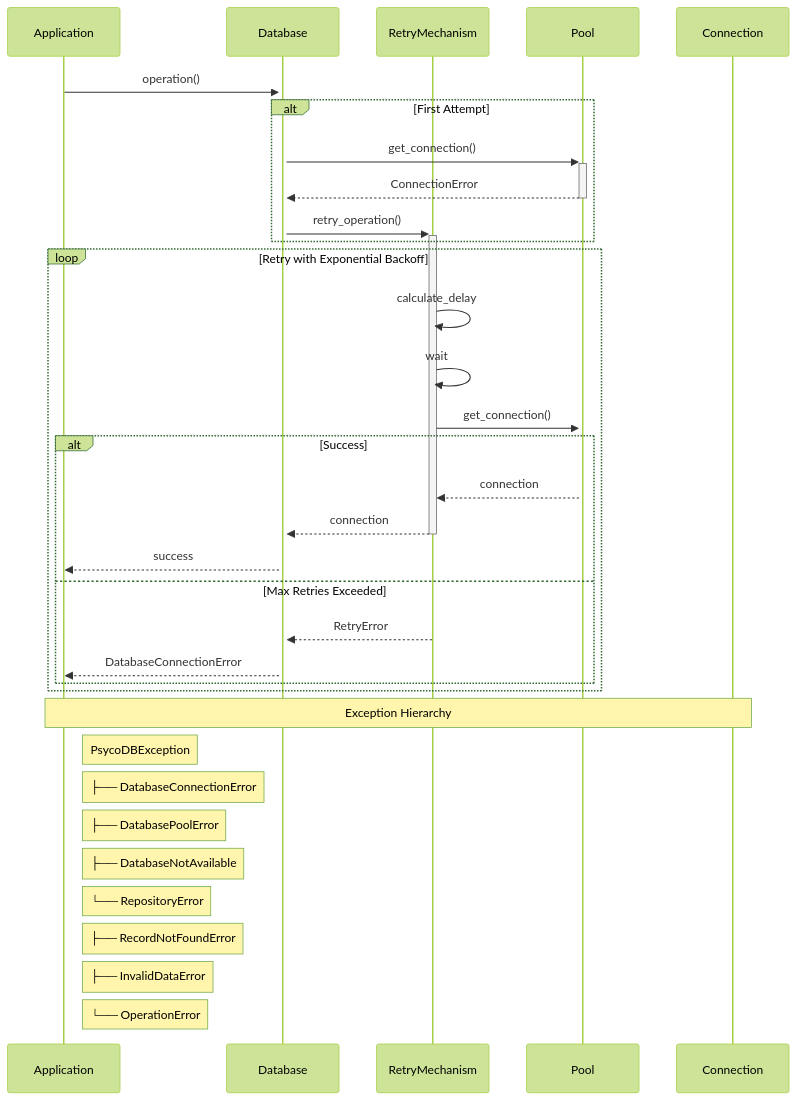
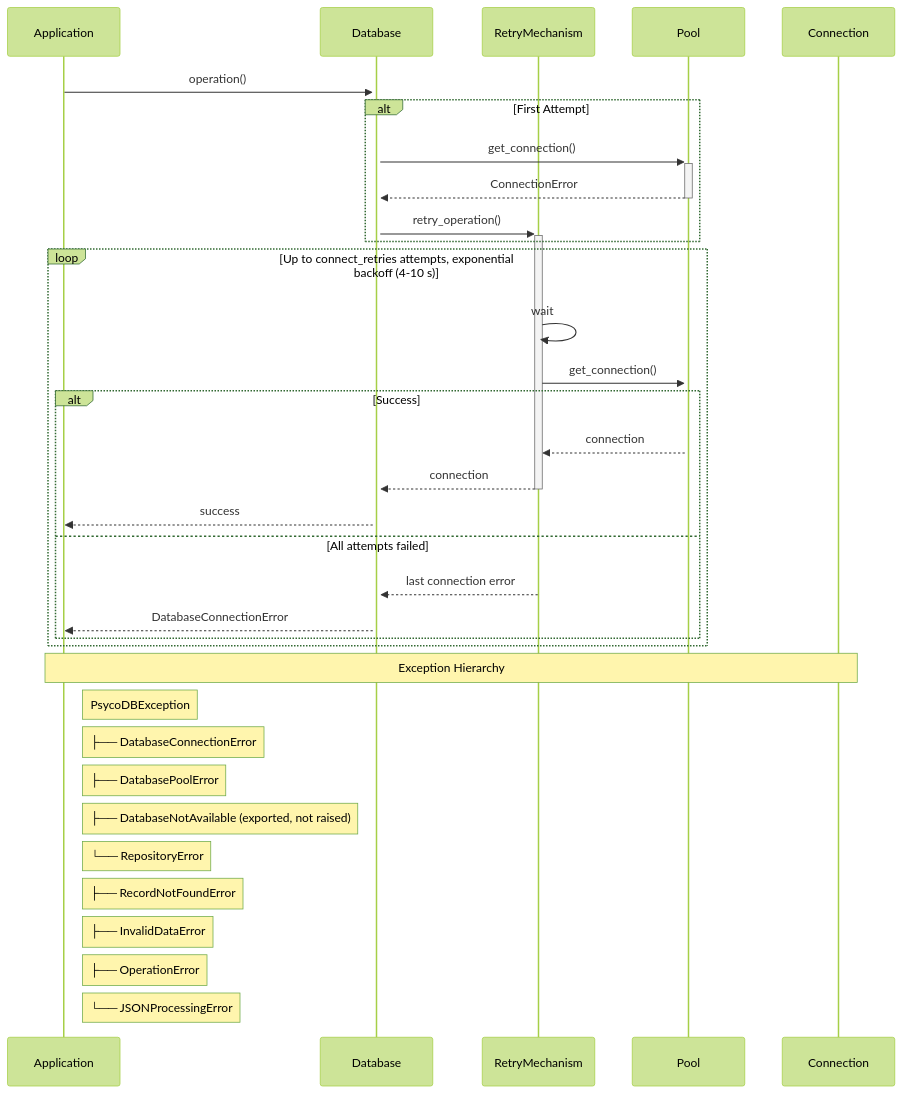
One commit to descoped/psycopg-toolkit changed the second of 4 diagrams in docs/database.md. Above: the diagram before and after it, drawn with Mermaid (forest theme). The commit also changed 6 other files, not shown here.

First line of the commit message:
docs: refresh for 0.5: testing guide, modern typing, row_to_model, retry and error docs (#58)

````diff
--- a/docs/database.md
+++ b/docs/database.md
@@ -314,42 +314,42 @@
 ```mermaid
 sequenceDiagram
     participant A as Application
     participant D as Database
     participant R as RetryMechanism
     participant P as Pool
     participant C as Connection
 
     A->>+D: operation()
     
     alt First Attempt
         D->>+P: get_connection()
         P-->>-D: ConnectionError
         D->>+R: retry_operation()
     end
 
-    loop Retry with Exponential Backoff
-        R->>R: calculate_delay
+    loop Up to connect_retries attempts, exponential backoff (4-10 s)
         R->>R: wait
         R->>+P: get_connection()
         
         alt Success
             P-->>R: connection
             R-->>-D: connection
             D-->>A: success
-        else Max Retries Exceeded
-            R-->>D: RetryError
+        else All attempts failed
+            R-->>D: last connection error
             D-->>A: DatabaseConnectionError
         end
     end
 
     Note over A,C: Exception Hierarchy
 
     Note right of A: PsycoDBException
     Note right of A: ├── DatabaseConnectionError
     Note right of A: ├── DatabasePoolError
-    Note right of A: ├── DatabaseNotAvailable
+    Note right of A: ├── DatabaseNotAvailable (exported, not raised)
     Note right of A: └── RepositoryError
     Note right of A: ├── RecordNotFoundError
     Note right of A: ├── InvalidDataError
-    Note right of A: └── OperationError
+    Note right of A: ├── OperationError
+    Note right of A: └── JSONProcessingError
 ```
````
